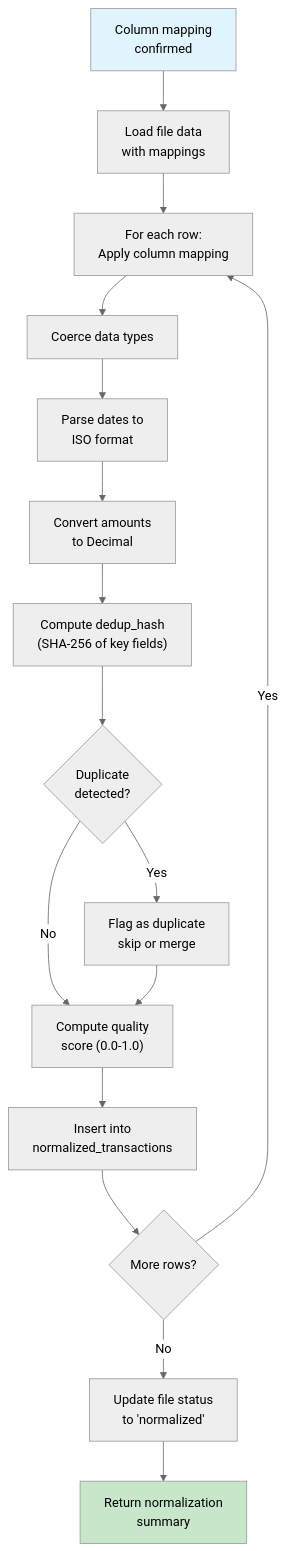
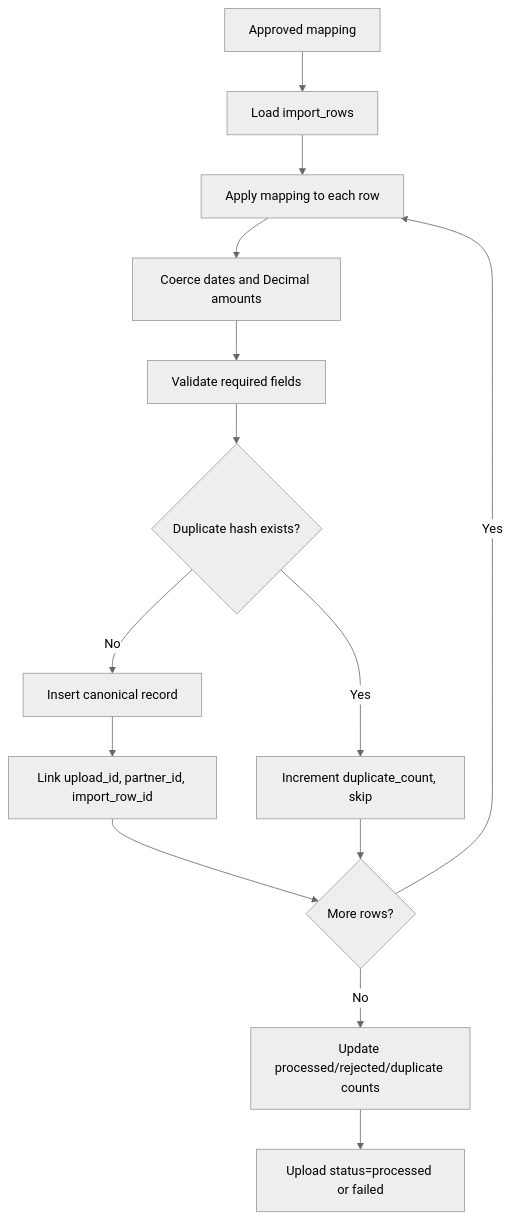
The fifth of 9 diagrams in docs/data_flow.md (Rajdeep-017/reconiq), drawn with Mermaid (neutral theme) before and after one commit. The commit also changed other lines of this file and 4 other files, not shown here.

````diff
--- a/docs/data_flow.md
+++ b/docs/data_flow.md
@@ -87,21 +174,16 @@
 ```mermaid
 flowchart TD
-    A["Column mapping\nconfirmed"] --> B["Load file data\nwith mappings"]
-    B --> C["For each row:\nApply column mapping"]
-    C --> D["Coerce data types"]
-    D --> E["Parse dates to\nISO format"]
-    E --> F["Convert amounts\nto Decimal"]
-    F --> G["Compute dedup_hash\n(SHA-256 of key fields)"]
-    G --> H{"Duplicate\ndetected?"}
-    H -->|Yes| I["Flag as duplicate\nskip or merge"]
-    H -->|No| J["Compute quality\nscore (0.0-1.0)"]
-    I --> J
-    J --> K["Insert into\nnormalized_transactions"]
-    K --> L{"More rows?"}
-    L -->|Yes| C
-    L -->|No| M["Update file status\nto 'normalized'"]
-    M --> N["Return normalization\nsummary"]
-
-    style A fill:#e1f5fe
-    style N fill:#c8e6c9
+    A["Approved mapping"] --> B["Load import_rows"]
+    B --> C["Apply mapping to each row"]
+    C --> D["Coerce dates and Decimal amounts"]
+    D --> E["Validate required fields"]
+    E --> F{"Duplicate hash exists?"}
+    F -->|Yes| G["Increment duplicate_count, skip"]
+    F -->|No| H["Insert canonical record"]
+    H --> I["Link upload_id, partner_id, import_row_id"]
+    I --> J{"More rows?"}
+    G --> J
+    J -->|Yes| C
+    J -->|No| K["Update processed/rejected/duplicate counts"]
+    K --> L["Upload status=processed or failed"]
 ```
````
